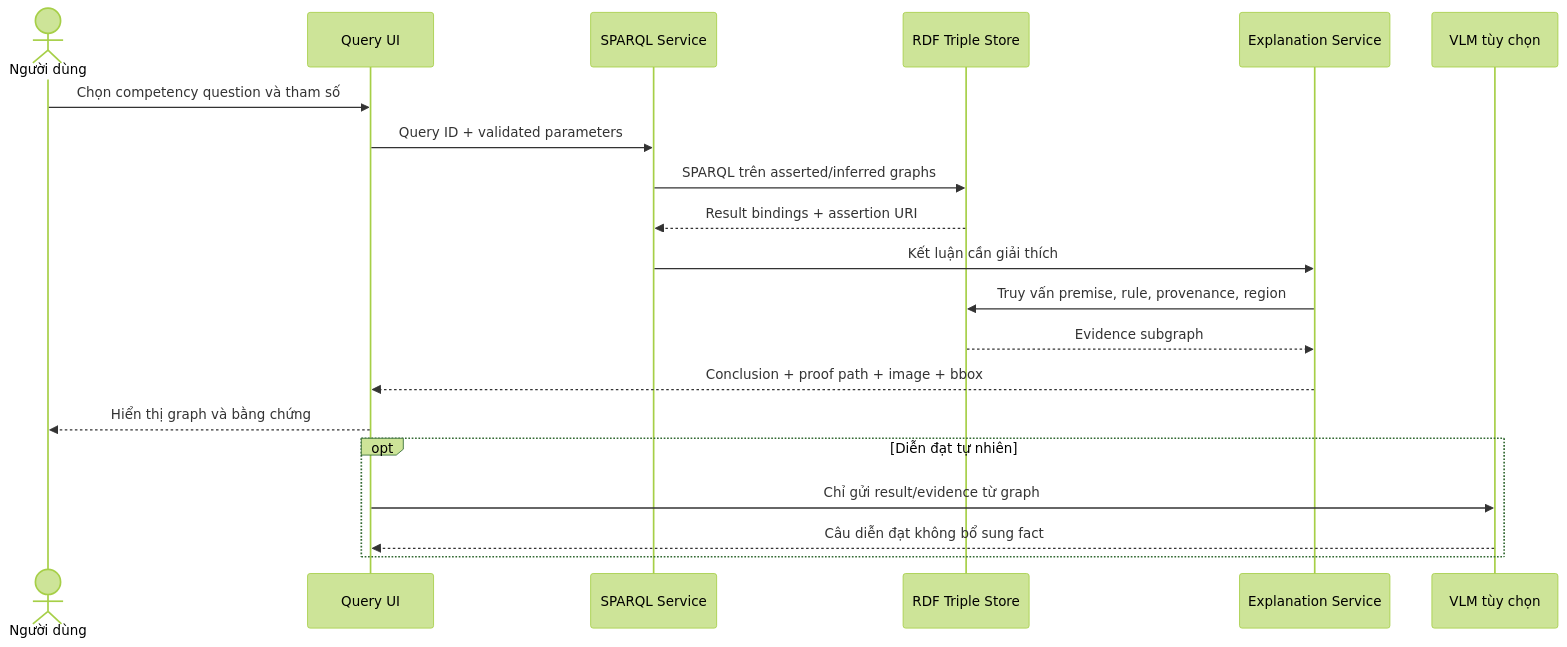
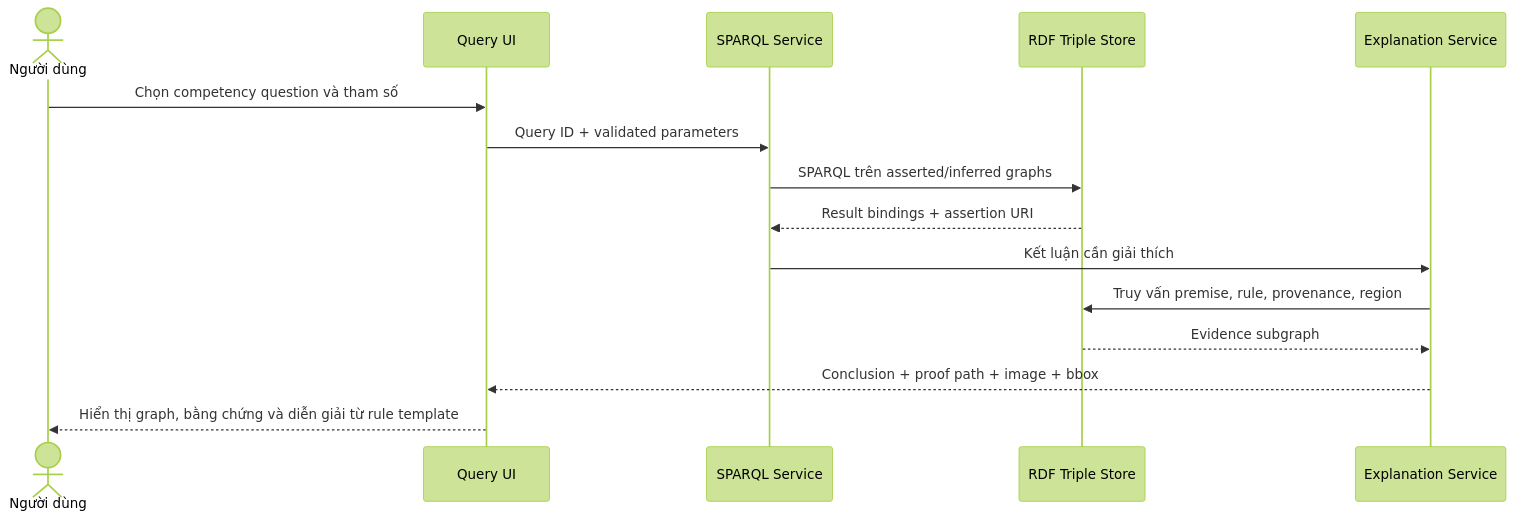
The tenth of 16 diagrams in docs/Ontology-Grounded-Traffic-Sign-Knowledge-Graph-Proposal.md (khoatran02/Ontology-COKB-Biomedical-Code-Mapping), drawn with Mermaid (forest theme) before and after one commit. The commit also changed other lines of this file and 71 other files, not shown here.

````diff
--- a/docs/Ontology-Grounded-Traffic-Sign-Knowledge-Graph-Proposal.md
+++ b/docs/Ontology-Grounded-Traffic-Sign-Knowledge-Graph-Proposal.md
@@ -1696,24 +1689,18 @@
 ```mermaid
 sequenceDiagram
     actor U as Người dùng
     participant UI as Query UI
     participant QS as SPARQL Service
     participant TS as RDF Triple Store
     participant EX as Explanation Service
-    participant VLM as VLM tùy chọn
 
     U->>UI: Chọn competency question và tham số
     UI->>QS: Query ID + validated parameters
     QS->>TS: SPARQL trên asserted/inferred graphs
     TS-->>QS: Result bindings + assertion URI
     QS->>EX: Kết luận cần giải thích
     EX->>TS: Truy vấn premise, rule, provenance, region
     TS-->>EX: Evidence subgraph
     EX-->>UI: Conclusion + proof path + image + bbox
-    UI-->>U: Hiển thị graph và bằng chứng
-
-    opt Diễn đạt tự nhiên
-        UI->>VLM: Chỉ gửi result/evidence từ graph
-        VLM-->>UI: Câu diễn đạt không bổ sung fact
-    end
+    UI-->>U: Hiển thị graph, bằng chứng và diễn giải từ rule template
 ```
````
